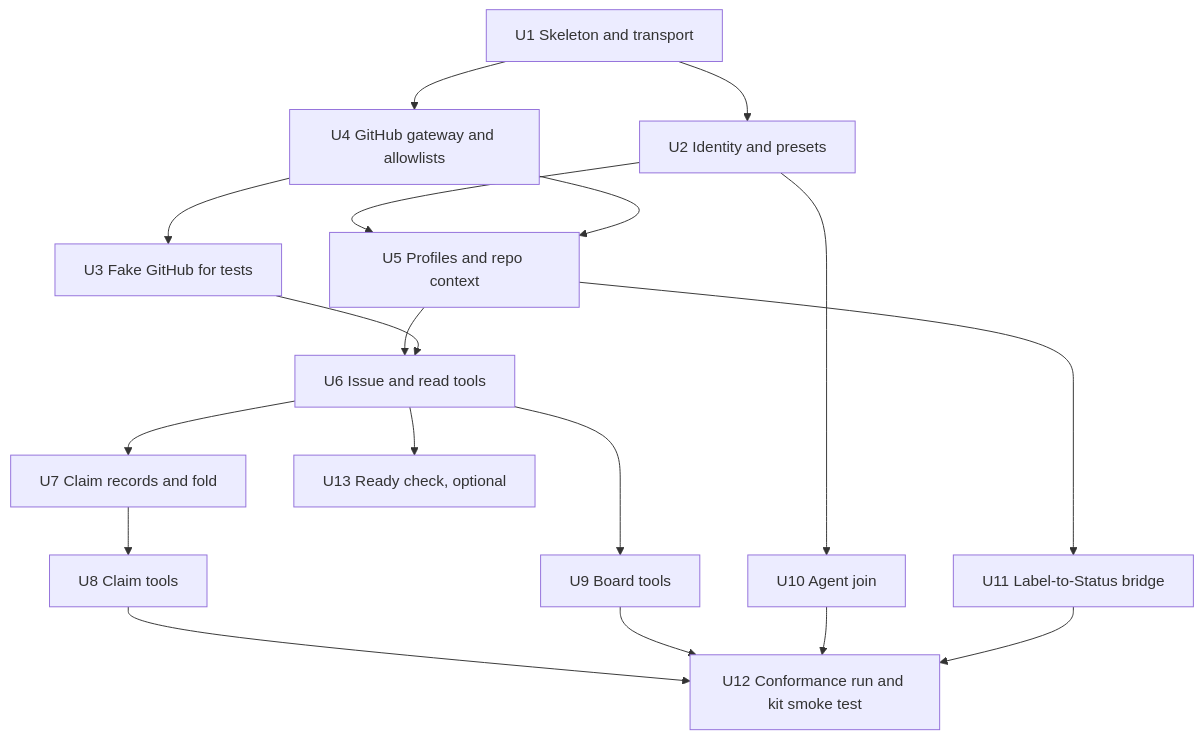
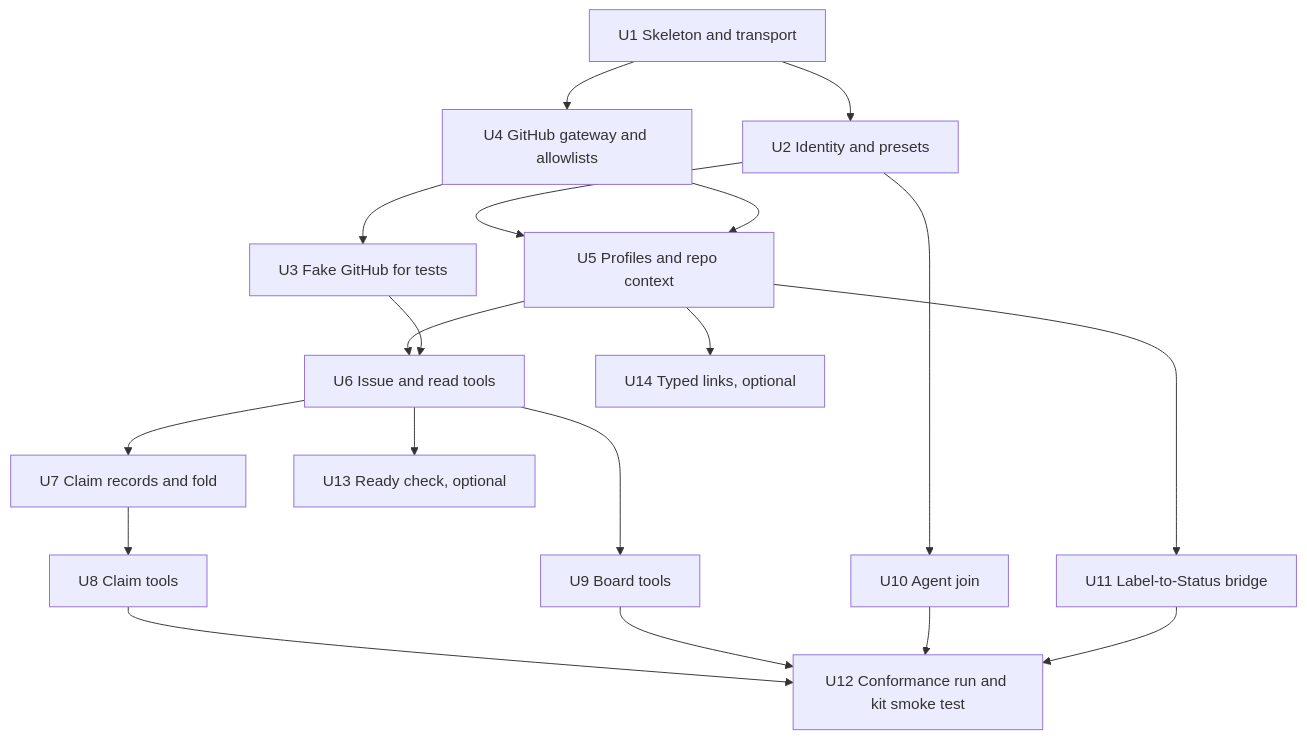
The diagram in server-spec/work-plan.md (dandelion-love/gtd-board-kit), drawn with Mermaid before and after one commit. The commit also changed other lines of this file and 11 other files, not shown here.

First line of the commit message:
Typed links between items (kit 0.26.0)

````diff
--- a/server-spec/work-plan.md
+++ b/server-spec/work-plan.md
@@ -12,20 +12,21 @@
 ```mermaid
 flowchart TD
   U1[U1 Skeleton and transport] --> U2[U2 Identity and presets]
   U1 --> U4[U4 GitHub gateway and allowlists]
   U4 --> U3F[U3 Fake GitHub for tests]
   U2 --> U5[U5 Profiles and repo context]
   U4 --> U5
   U5 --> U6[U6 Issue and read tools]
   U3F --> U6
   U6 --> U7[U7 Claim records and fold]
   U7 --> U8[U8 Claim tools]
   U6 --> U9[U9 Board tools]
   U2 --> U10[U10 Agent join]
   U5 --> U11[U11 Label-to-Status bridge]
   U8 --> U12[U12 Conformance run and kit smoke test]
   U9 --> U12
   U10 --> U12
   U11 --> U12
   U6 --> U13[U13 Ready check, optional]
+  U5 --> U14[U14 Typed links, optional]
 ```
````
